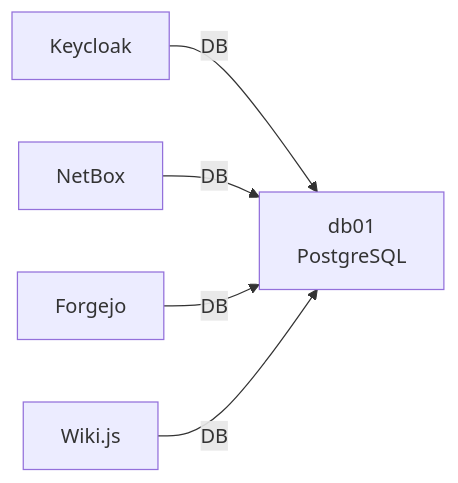
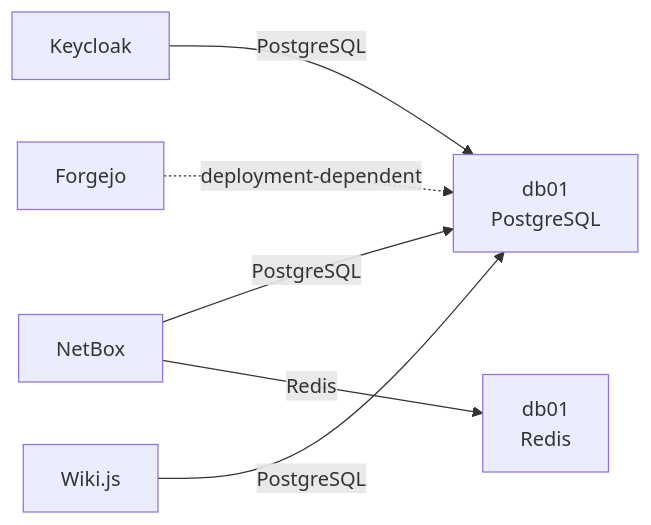
The second of 3 diagrams in docs/architecture/dependency-graph.md (O2BUCAK/EnterpriseReferenceArchitecture), drawn with Mermaid before and after one commit. The commit also changed other lines of this file, not shown here.

Commit message:
Refine application dependencies and add Redis architecture

````diff
--- a/docs/architecture/dependency-graph.md
+++ b/docs/architecture/dependency-graph.md
@@ -273,14 +273,16 @@
 ```mermaid
 flowchart LR
     DB["db01<br/>PostgreSQL"]
+    REDIS["db01<br/>Redis"]
 
     KC["Keycloak"]
     NB["NetBox"]
     FG["Forgejo"]
     WK["Wiki.js"]
 
-    KC -->|DB| DB
-    NB -->|DB| DB
-    FG -->|DB| DB
-    WK -->|DB| DB
+    KC -->|PostgreSQL| DB
+    NB -->|PostgreSQL| DB
+    NB -->|Redis| REDIS
+    FG -.->|deployment-dependent| DB
+    WK -->|PostgreSQL| DB
 ```
````
